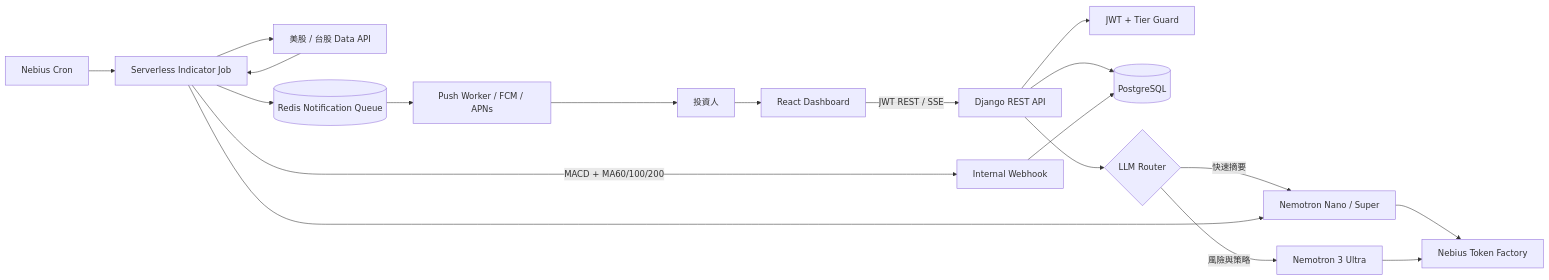
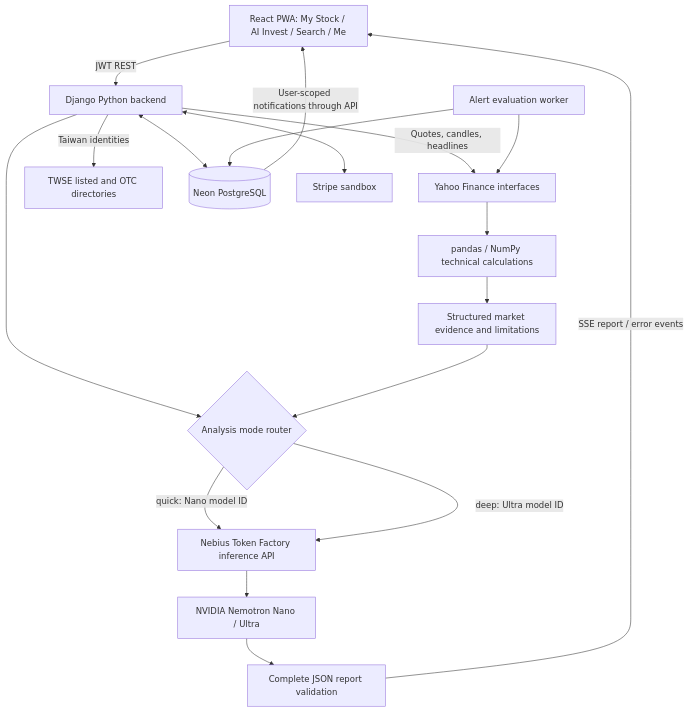
One commit to JamesChenPoChih/pickinggeek002 changed the diagram in README.md. Above: the diagram before and after it, drawn with Mermaid. The commit also changed other lines of this file and 4 other files, not shown here.

````diff
--- a/README.md
+++ b/README.md
@@ -31,22 +130,21 @@
 ```mermaid
-flowchart LR
-    U[投資人] --> FE[React Dashboard]
-    FE -->|JWT REST / SSE| API[Django REST API]
-    API --> AUTH[JWT + Tier Guard]
-    API --> DB[(PostgreSQL)]
-    API --> ROUTER{LLM Router}
-    ROUTER -->|快速摘要| NANO[Nemotron Nano / Super]
-    ROUTER -->|風險與策略| ULTRA[Nemotron 3 Ultra]
-    NANO --> TF[Nebius Token Factory]
-    ULTRA --> TF
-
-    CRON[Nebius Cron] --> JOB[Serverless Indicator Job]
-    JOB --> DATA[美股 / 台股 Data API]
-    DATA --> JOB
-    JOB -->|MACD + MA60/100/200| WEBHOOK[Internal Webhook]
-    WEBHOOK --> DB
-    JOB --> NANO
-    JOB --> QUEUE[(Redis Notification Queue)]
-    QUEUE --> PUSH[Push Worker / FCM / APNs]
-    PUSH --> U
+flowchart TD
+    UI[React PWA: My Stock / AI Invest / Search / Me]
+    UI -->|JWT REST| API[Django Python backend]
+    API -->|Quotes, candles, headlines| MARKET[Yahoo Finance interfaces]
+    API -->|Taiwan identities| DIRECTORY[TWSE listed and OTC directories]
+    MARKET --> CALC[pandas / NumPy technical calculations]
+    CALC --> CONTEXT[Structured market evidence and limitations]
+    API --> ROUTER{Analysis mode router}
+    CONTEXT --> ROUTER
+    ROUTER -->|quick: Nano model ID| NEBIUS[Nebius Token Factory inference API]
+    ROUTER -->|deep: Ultra model ID| NEBIUS
+    NEBIUS --> MODELS[NVIDIA Nemotron Nano / Ultra]
+    MODELS --> VALIDATE[Complete JSON report validation]
+    VALIDATE -->|SSE report / error events| UI
+    API <--> DB[(Neon PostgreSQL)]
+    WORKER[Alert evaluation worker] --> MARKET
+    WORKER --> DB
+    DB -->|User-scoped notifications through API| UI
+    API <--> STRIPE[Stripe sandbox]
 ```
````
